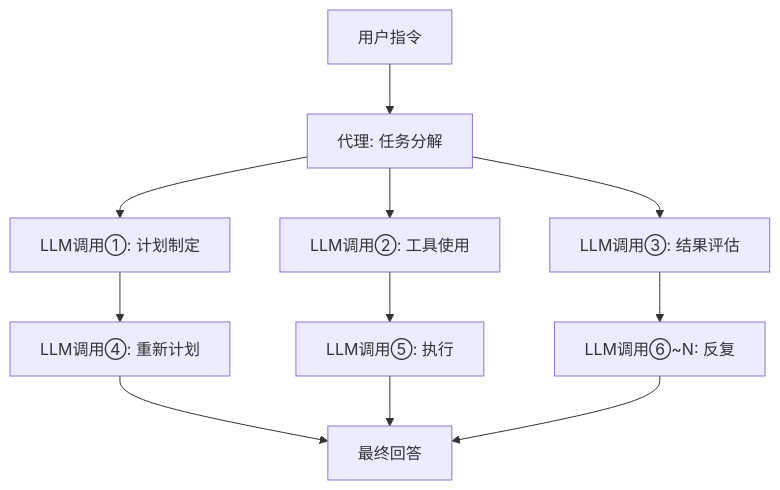
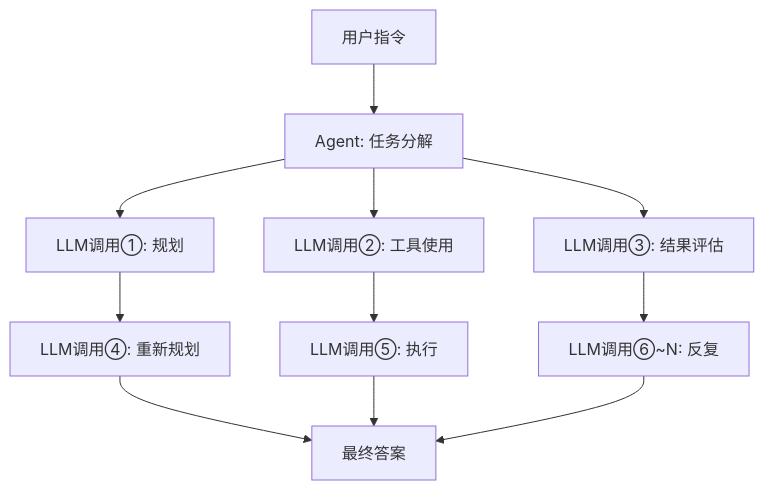
The third of 3 diagrams in articles/zh/2026-03-18-nvidia-vera-rubin-inference-infrastructure.md (no-problem-dev/rick-brick-content), drawn with Mermaid before and after one commit. The commit also changed other lines of this file and 126 other files, not shown here.

````diff
--- a/articles/zh/2026-03-18-nvidia-vera-rubin-inference-infrastructure.md
+++ b/articles/zh/2026-03-18-nvidia-vera-rubin-inference-infrastructure.md
@@ -166,13 +166,13 @@
 ```mermaid
 graph TD
-    A[用户指令] --> B[代理: 任务分解]
-    B --> C[LLM调用①: 计划制定]
+    A[用户指令] --> B[Agent: 任务分解]
+    B --> C[LLM调用①: 规划]
     B --> D[LLM调用②: 工具使用]
     B --> E[LLM调用③: 结果评估]
-    C --> F[LLM调用④: 重新计划]
+    C --> F[LLM调用④: 重新规划]
     D --> G[LLM调用⑤: 执行]
     E --> H[LLM调用⑥~N: 反复]
-    F --> I[最终回答]
+    F --> I[最终答案]
     G --> I
     H --> I
 ```
````
